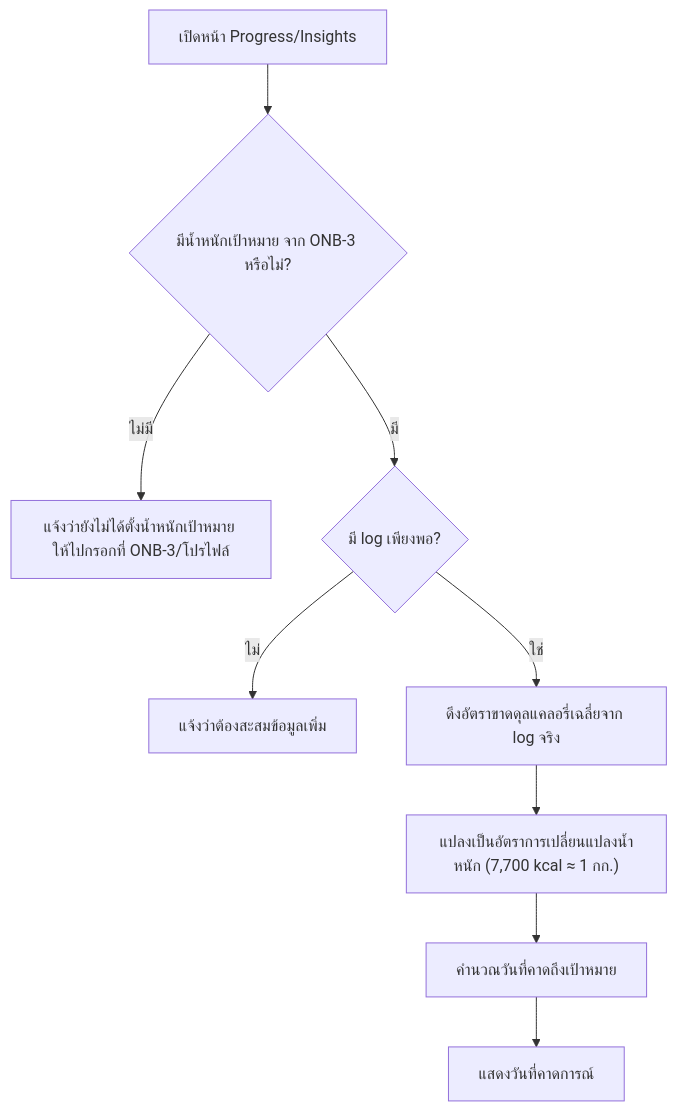
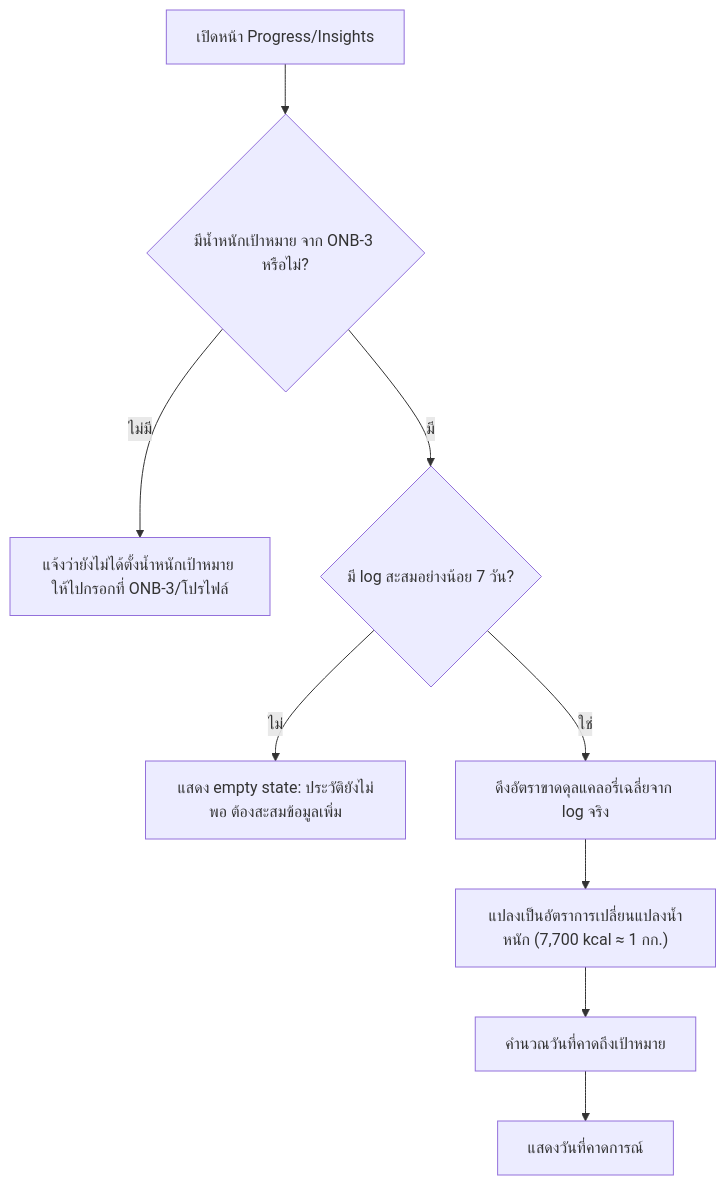
One commit to Kikofah/smartFit_daily changed diagram 14 of 16 in docs/02-design/01-prototypes/user-journeys.md. Above: the diagram before and after it, drawn with Mermaid. The commit also changed other lines of this file and 30 other files, not shown here.

````diff
--- a/docs/02-design/01-prototypes/user-journeys.md
+++ b/docs/02-design/01-prototypes/user-journeys.md
@@ -635,11 +635,11 @@
 ```mermaid
 flowchart TD
     A[เปิดหน้า Progress/Insights] --> A2{มีน้ำหนักเป้าหมาย จาก ONB-3 หรือไม่?}
     A2 -- ไม่มี --> A3[แจ้งว่ายังไม่ได้ตั้งน้ำหนักเป้าหมาย ให้ไปกรอกที่ ONB-3/โปรไฟล์]
-    A2 -- มี --> B{มี log เพียงพอ?}
-    B -- ไม่ --> C[แจ้งว่าต้องสะสมข้อมูลเพิ่ม]
+    A2 -- มี --> B{"มี log สะสมอย่างน้อย 7 วัน?"}
+    B -- ไม่ --> C["แสดง empty state: ประวัติยังไม่พอ ต้องสะสมข้อมูลเพิ่ม"]
     B -- ใช่ --> D[ดึงอัตราขาดดุลแคลอรี่เฉลี่ยจาก log จริง]
     D --> E["แปลงเป็นอัตราการเปลี่ยนแปลงน้ำหนัก (7,700 kcal ≈ 1 กก.)"]
     E --> F[คำนวณวันที่คาดถึงเป้าหมาย]
     F --> G[แสดงวันที่คาดการณ์]
 ```
````
